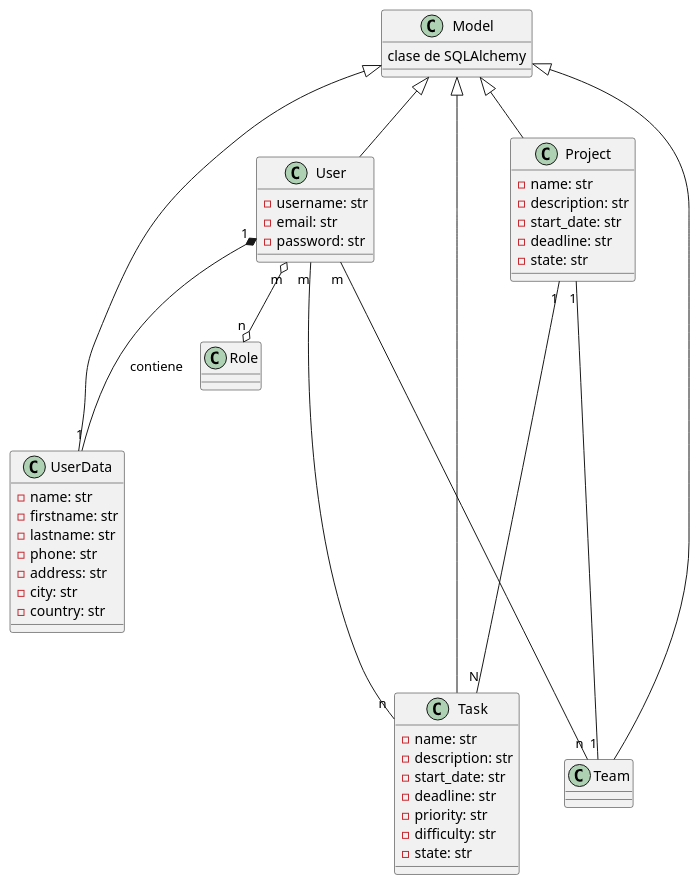
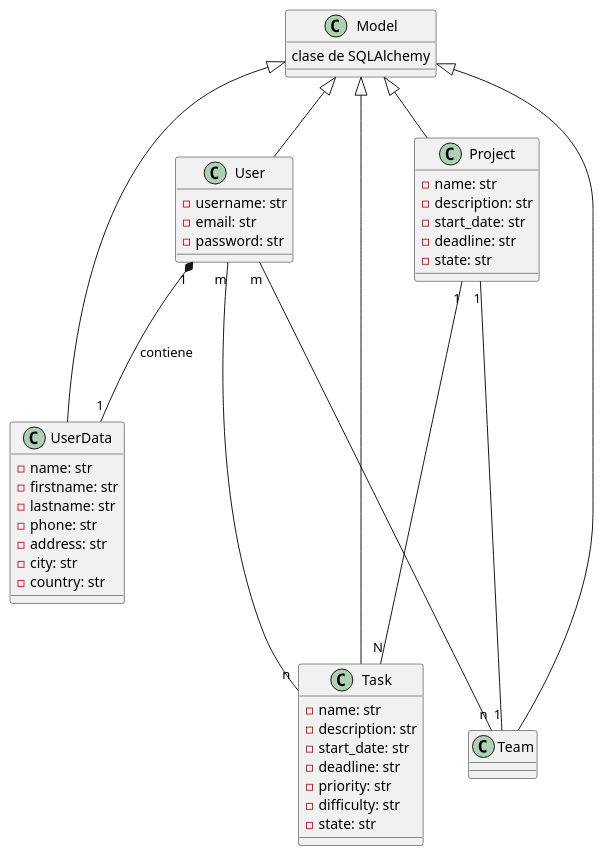
One commit to JoaquinLepez/Project-Management-App changed the diagram in docs/diagrama_1.puml. Above: the diagram before and after it, drawn with PlantUML. The commit also changed 4 other files, not shown here.

```diff
--- a/docs/diagrama_1.puml
+++ b/docs/diagrama_1.puml
@@ -1,58 +1,57 @@
 @startuml Diagram de Clases
 
 ' Clases
 class Model {
  clase de SQLAlchemy
 }
 
 class User {
     - username: str
     - email: str
     - password: str
 }
 
 class UserData{
     - name: str
     - firstname: str
     - lastname: str
     - phone: str
     - address: str
     - city: str
     - country: str
 }
 
 class Task {
     - name: str
     - description: str
     - start_date: str
     - deadline: str
     - priority: str
     - difficulty: str
     - state: str
 }
 
 class Team {
 }
 
 class Project {
     - name: str
     - description: str
     - start_date: str
     - deadline: str
     - state: str
 }
 
 ' Herencias
 Model <|-- User
 Model <|-- UserData
 Model <|-- Task
 Model <|-- Team
 Model <|-- Project
 
 User "1" *--- "1" UserData : contiene
-User "m" o--o "n" Role
 User "m" ---- "n" Team
 User "m" ---- "n" Task
 Project "1" ---- "1" Team
 Project "1" ---- "N" Task
 @enduml
```
